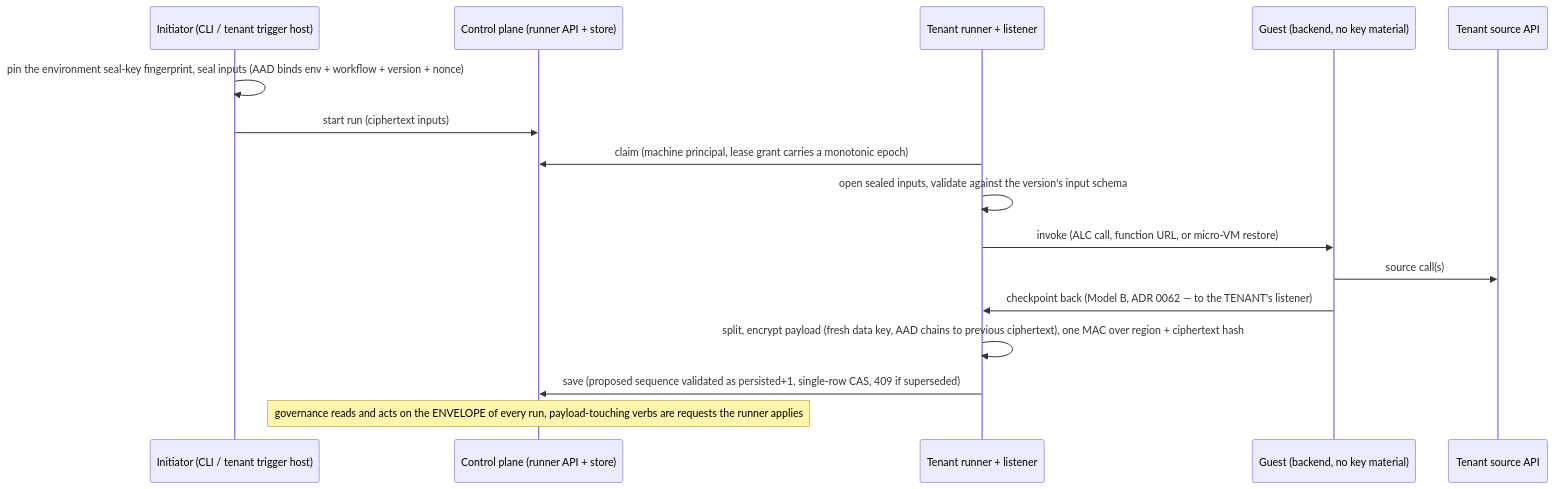
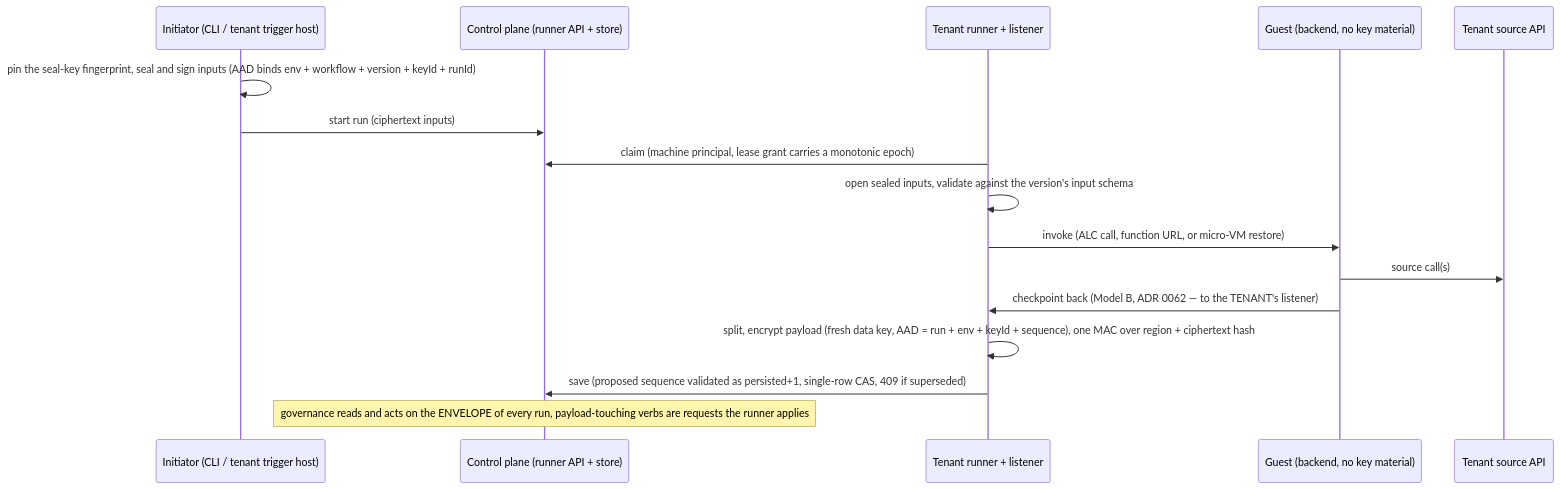
The third of 3 diagrams in docs/arazzo/adr/0065-control-plane-owns-store-runners-encrypt-payload.md (corvus-dotnet/Corvus.JsonSchema), drawn with Mermaid before and after one commit. The commit also changed other lines of this file and 1 other file, not shown here.

````diff
--- a/docs/arazzo/adr/0065-control-plane-owns-store-runners-encrypt-payload.md
+++ b/docs/arazzo/adr/0065-control-plane-owns-store-runners-encrypt-payload.md
@@ -165,18 +175,18 @@
 ```mermaid
 sequenceDiagram
   participant I as Initiator (CLI / tenant trigger host)
   participant CP as Control plane (runner API + store)
   participant R as Tenant runner + listener
   participant G as Guest (backend, no key material)
   participant S as Tenant source API
-  I->>I: pin the environment seal-key fingerprint, seal inputs (AAD binds env + workflow + version + nonce)
+  I->>I: pin the seal-key fingerprint, seal and sign inputs (AAD binds env + workflow + version + keyId + runId)
   I->>CP: start run (ciphertext inputs)
   R->>CP: claim (machine principal, lease grant carries a monotonic epoch)
   R->>R: open sealed inputs, validate against the version's input schema
   R->>G: invoke (ALC call, function URL, or micro-VM restore)
   G->>S: source call(s)
   G->>R: checkpoint back (Model B, ADR 0062 — to the TENANT's listener)
-  R->>R: split, encrypt payload (fresh data key, AAD chains to previous ciphertext), one MAC over region + ciphertext hash
+  R->>R: split, encrypt payload (fresh data key, AAD = run + env + keyId + sequence), one MAC over region + ciphertext hash
   R->>CP: save (proposed sequence validated as persisted+1, single-row CAS, 409 if superseded)
   Note over CP: governance reads and acts on the ENVELOPE of every run, payload-touching verbs are requests the runner applies
 ```
````
